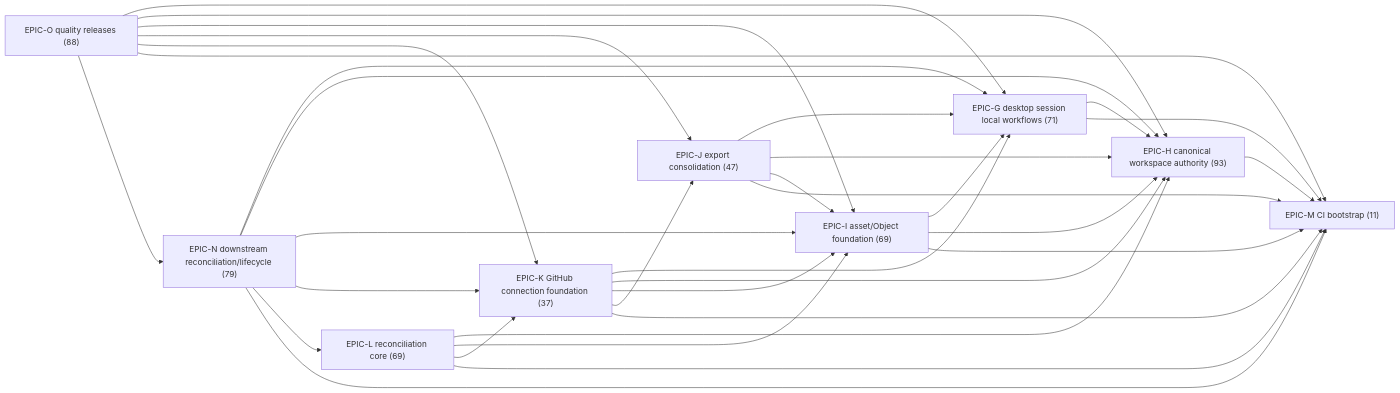
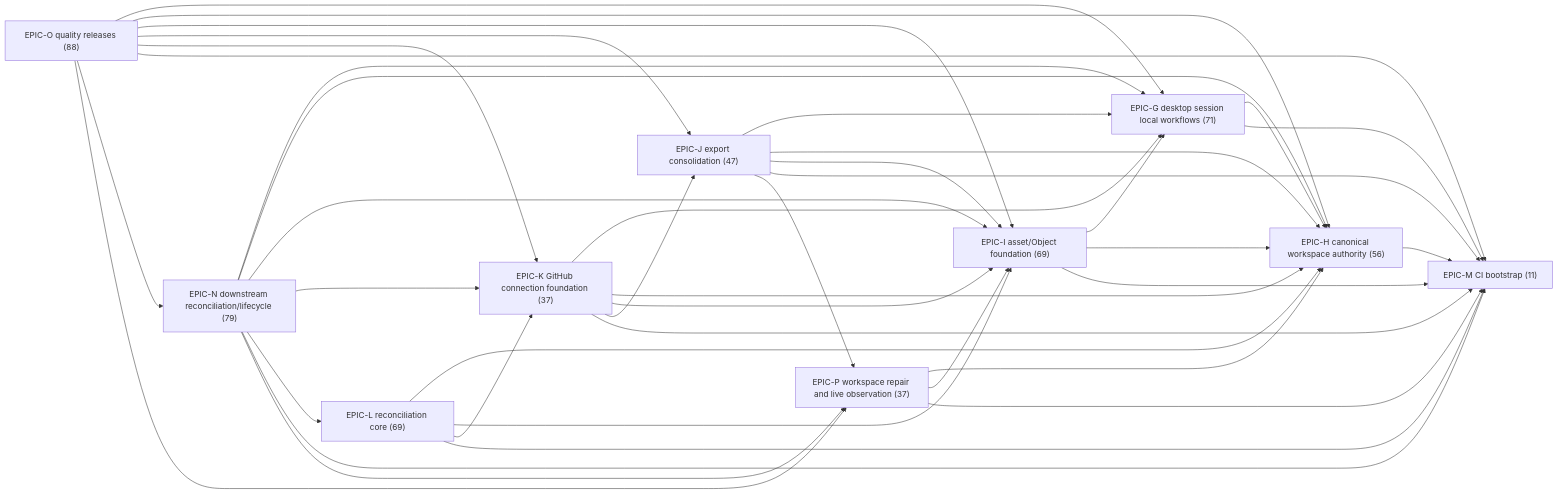
The diagram in .constitution/tasks/critical-path.md (SkrOYC/burlmd), drawn with Mermaid before and after one commit. The commit also changed other lines of this file and 8 other files, not shown here.

First line of the commit message:
docs(tasks): split workspace repair into Epic P

````diff
--- a/.constitution/tasks/critical-path.md
+++ b/.constitution/tasks/critical-path.md
@@ -33,44 +34,51 @@
 ```mermaid
 flowchart LR
   G["EPIC-G desktop session local workflows (71)"]
-  H["EPIC-H canonical workspace authority (93)"]
+  H["EPIC-H canonical workspace authority (56)"]
   I["EPIC-I asset/Object foundation (69)"]
   J["EPIC-J export consolidation (47)"]
   K["EPIC-K GitHub connection foundation (37)"]
   L["EPIC-L reconciliation core (69)"]
   M["EPIC-M CI bootstrap (11)"]
   N["EPIC-N downstream reconciliation/lifecycle (79)"]
   O["EPIC-O quality releases (88)"]
+  P["EPIC-P workspace repair and live observation (37)"]
   G --> H
   G --> M
   H --> M
   I --> G
   I --> H
   I --> M
   J --> G
   J --> H
   J --> I
   J --> M
+  J --> P
   K --> G
   K --> H
   K --> I
   K --> J
   K --> M
   L --> H
   L --> I
   L --> K
   L --> M
   N --> G
   N --> H
   N --> I
   N --> K
   N --> L
   N --> M
+  N --> P
   O --> G
   O --> H
   O --> I
   O --> J
   O --> K
   O --> M
   O --> N
+  O --> P
+  P --> H
+  P --> I
+  P --> M
 ```
````
